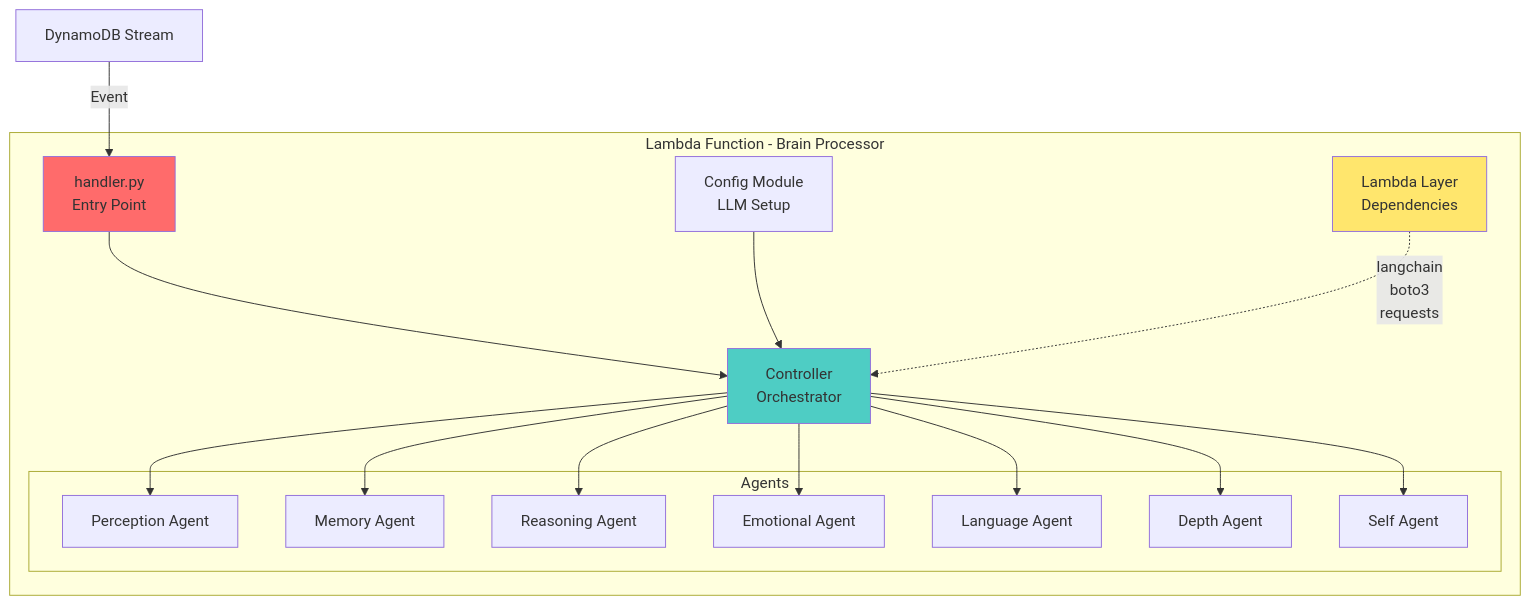
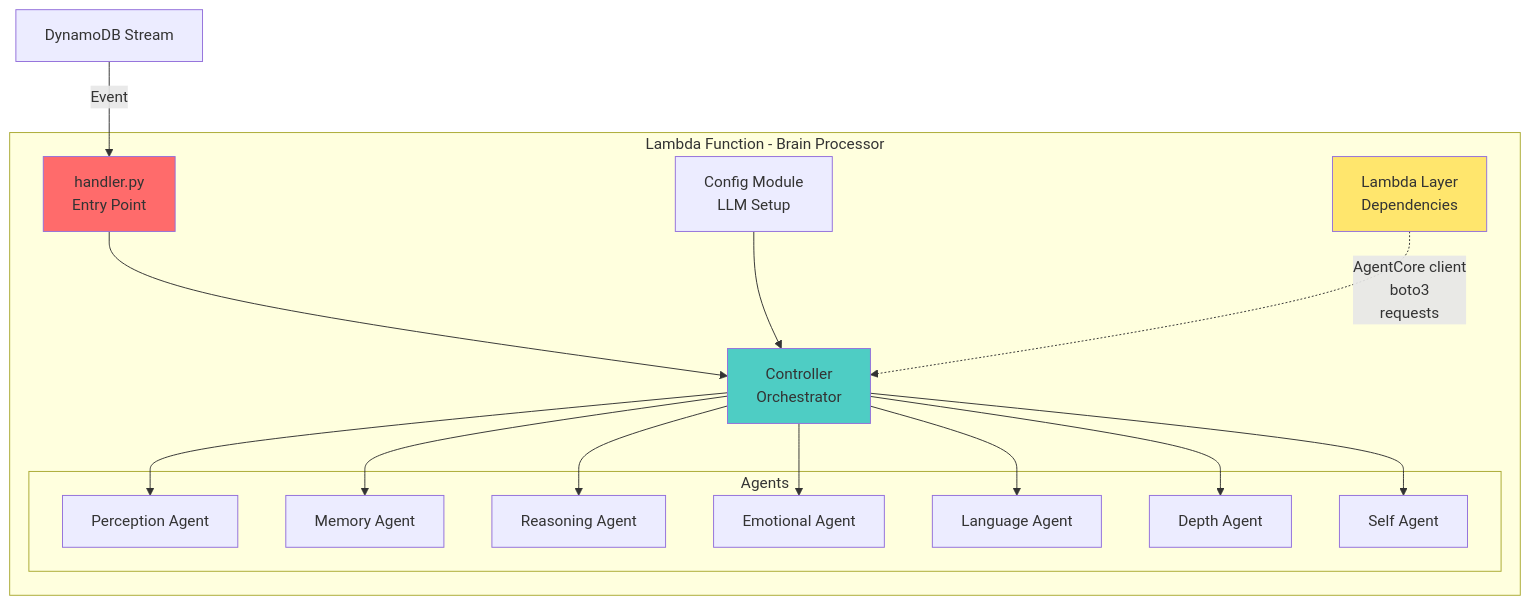
The seventh of 17 diagrams in BACKEND_ARCHITECTURE.md (Elevator-Robot/brainincup), drawn with Mermaid before and after one commit. The commit also changed other lines of this file and 11 other files, not shown here.

Commit message:
migrating from LangChain to AgentCore

````diff
--- a/BACKEND_ARCHITECTURE.md
+++ b/BACKEND_ARCHITECTURE.md
@@ -226,36 +226,36 @@
 ```mermaid
 graph TB
     subgraph "Lambda Function - Brain Processor"
         A[handler.py<br/>Entry Point]
         B[Controller<br/>Orchestrator]
         C[Config Module<br/>LLM Setup]
         
         subgraph "Agents"
             D[Perception Agent]
             E[Memory Agent]
             F[Reasoning Agent]
             G[Emotional Agent]
             H[Language Agent]
             I[Depth Agent]
             J[Self Agent]
         end
         
         K[Lambda Layer<br/>Dependencies]
     end
     
     L[DynamoDB Stream] -->|Event| A
     A --> B
     C --> B
     B --> D
     B --> E
     B --> F
     B --> G
     B --> H
     B --> I
     B --> J
-    K -.->|langchain<br/>boto3<br/>requests| B
+    K -.->|AgentCore client<br/>boto3<br/>requests| B
     
     style A fill:#FF6B6B
     style B fill:#4ECDC4
     style K fill:#FFE66D
 ```
````
